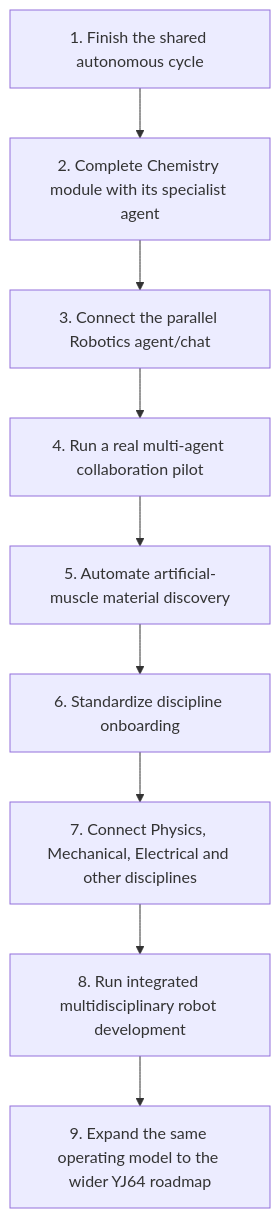
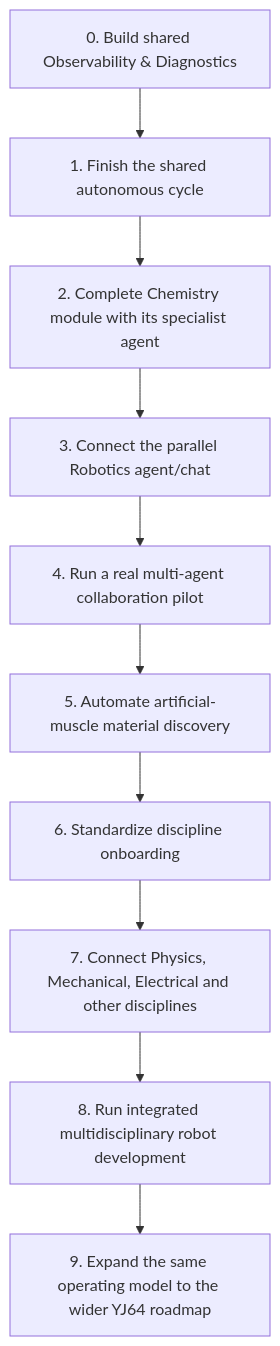
Before and after one commit to concreteballs/YJ64-Engineering-Core: the diagram in docs/STRATEGIC_MASTER_PLAN.md, drawn with Mermaid. The commit also changed other lines of this file, not shown here.

Commit message:
docs: add observability as strategic foundation

````diff
--- a/docs/STRATEGIC_MASTER_PLAN.md
+++ b/docs/STRATEGIC_MASTER_PLAN.md
@@ -10,11 +10,12 @@
 ```mermaid
 flowchart TD
-  A["1. Finish the shared autonomous cycle"] --> B["2. Complete Chemistry module with its specialist agent"]
+  O["0. Build shared Observability & Diagnostics"] --> A["1. Finish the shared autonomous cycle"]
+  A --> B["2. Complete Chemistry module with its specialist agent"]
   B --> C["3. Connect the parallel Robotics agent/chat"]
   C --> D["4. Run a real multi-agent collaboration pilot"]
   D --> E["5. Automate artificial-muscle material discovery"]
   E --> F["6. Standardize discipline onboarding"]
   F --> G["7. Connect Physics, Mechanical, Electrical and other disciplines"]
   G --> H["8. Run integrated multidisciplinary robot development"]
   H --> I["9. Expand the same operating model to the wider YJ64 roadmap"]
 ```
````
